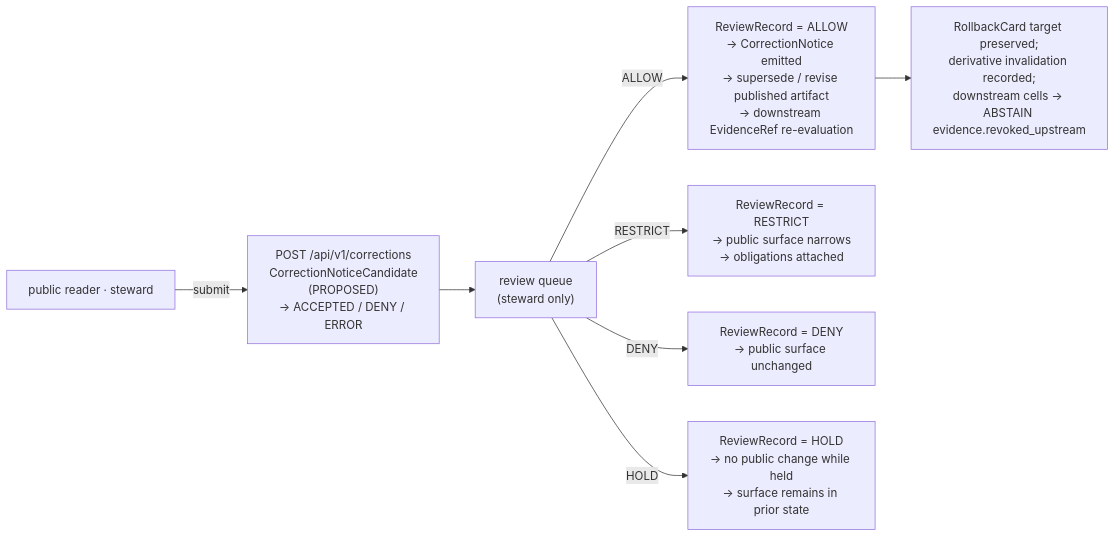
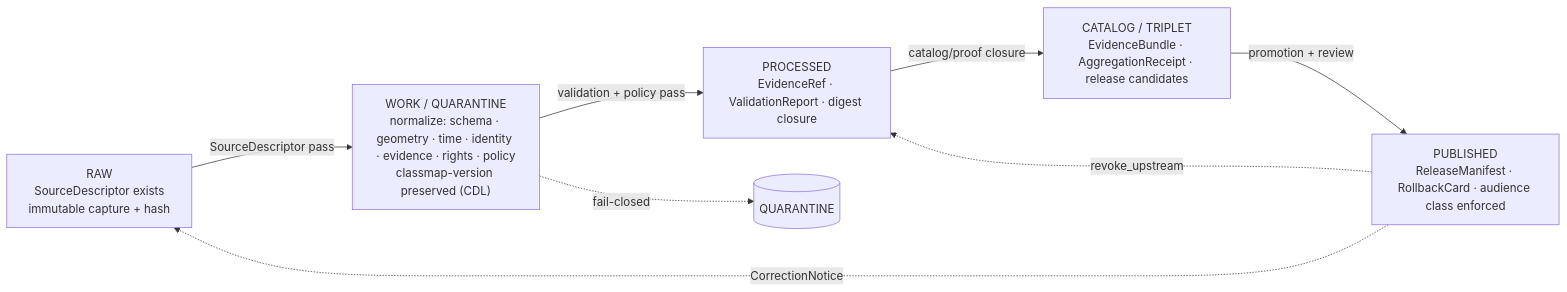
One commit to bartytime4life/Kansas-Frontier-Matrix changed the second of 3 diagrams in docs/domains/agriculture/ARCHITECTURE.md. Above: the diagram before and after it, drawn with Mermaid. The commit also changed other lines of this file, not shown here.

````diff
--- a/docs/domains/agriculture/ARCHITECTURE.md
+++ b/docs/domains/agriculture/ARCHITECTURE.md
@@ -48,10 +377,16 @@
 ```mermaid
 flowchart LR
-  Public["public reader · steward"] -->|submit| Corr["POST /api/v1/corrections<br/>CorrectionNoticeCandidate<br/>(PROPOSED)<br/>→ ACCEPTED / DENY / ERROR"]
-  Corr --> Review["review queue<br/>(steward only)"]
-  Review -->|ALLOW| Accept["ReviewRecord = ALLOW<br/>→ CorrectionNotice emitted<br/>→ supersede / revise published artifact<br/>→ downstream EvidenceRef re-evaluation"]
-  Review -->|RESTRICT| Restrict["ReviewRecord = RESTRICT<br/>→ public surface narrows<br/>→ obligations attached"]
-  Review -->|DENY| Deny["ReviewRecord = DENY<br/>→ public surface unchanged"]
-  Review -->|HOLD| Hold["ReviewRecord = HOLD<br/>→ no public change while held<br/>→ surface remains in prior state"]
-  Accept --> Rollback["RollbackCard target preserved;<br/>derivative invalidation recorded;<br/>downstream cells → ABSTAIN evidence.revoked_upstream"]
+  R["RAW<br/>SourceDescriptor exists<br/>immutable capture + hash"]
+  W["WORK / QUARANTINE<br/>normalize: schema · geometry · time · identity · evidence · rights · policy<br/>classmap-version preserved (CDL)"]
+  P["PROCESSED<br/>EvidenceRef · ValidationReport · digest closure"]
+  C["CATALOG / TRIPLET<br/>EvidenceBundle · AggregationReceipt · release candidates"]
+  PUB["PUBLISHED<br/>ReleaseManifest · RollbackCard · audience class enforced"]
+
+  R -->|SourceDescriptor pass| W
+  W -->|validation + policy pass| P
+  W -. fail-closed .-> Q[(QUARANTINE)]
+  P -->|catalog/proof closure| C
+  C -->|promotion + review| PUB
+  PUB -. CorrectionNotice .-> R
+  PUB -. revoke_upstream .-> P
 ```
````
